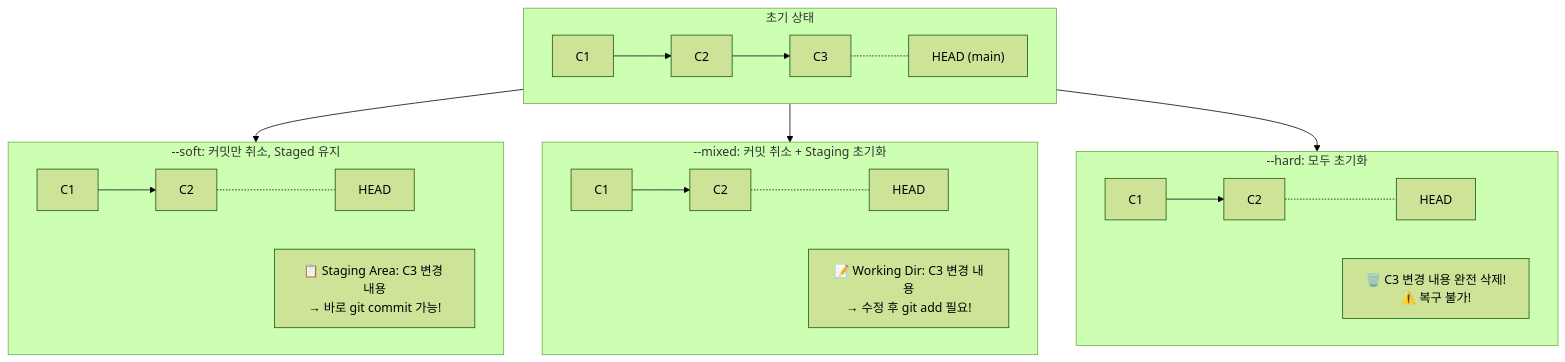
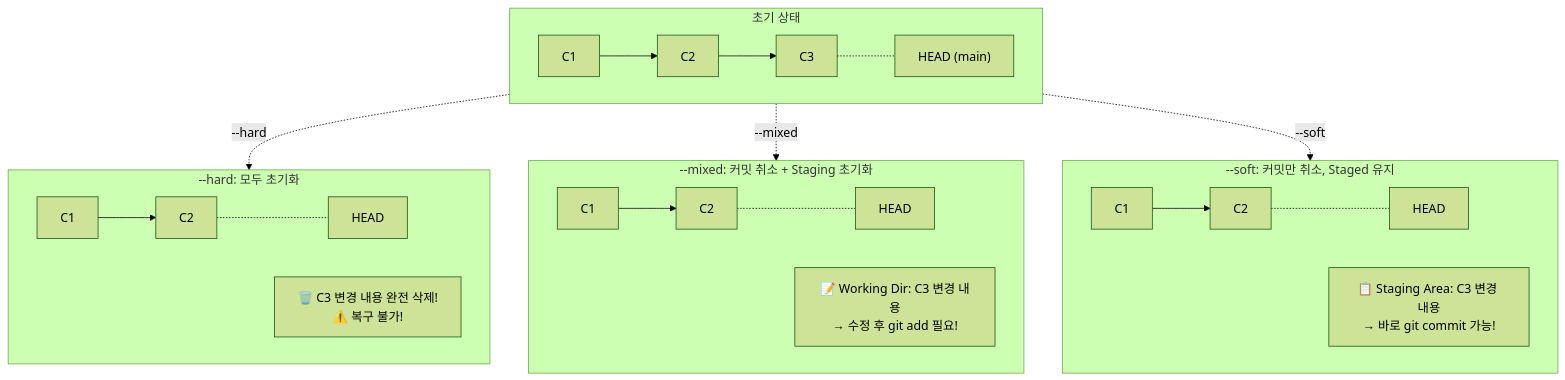
Before and after one commit to jingu279/Document: the fourth of 6 diagrams in 03_Undoing_Changes/01_Git_Reset_Revert.md, drawn with Mermaid (forest theme). The commit also changed other lines of this file and 16 other files, not shown here.

Commit message:
Fix all Mermaid rendering issues (subgraph-to-subgraph, unconnected nodes, reserved names, dashes)

````diff
--- a/03_Undoing_Changes/01_Git_Reset_Revert.md
+++ b/03_Undoing_Changes/01_Git_Reset_Revert.md
@@ -49,33 +39,33 @@
 ```mermaid
 flowchart TB
   subgraph Initial[초기 상태]
     direction LR
     C1a[C1] --> C2a[C2] --> C3a[C3]
     C3a -.- H1["HEAD (main)"]
   end
 
   subgraph Soft["--soft: 커밋만 취소, Staged 유지"]
     direction LR
     C1b[C1] --> C2b[C2]
     C2b -.- H2["HEAD"]
     S1["📋 Staging Area: C3 변경 내용<br/>→ 바로 git commit 가능!"]
   end
 
   subgraph Mixed["--mixed: 커밋 취소 + Staging 초기화"]
     direction LR
     C1c[C1] --> C2c[C2]
     C2c -.- H3["HEAD"]
     S2["📝 Working Dir: C3 변경 내용<br/>→ 수정 후 git add 필요!"]
   end
 
   subgraph Hard["--hard: 모두 초기화"]
     direction LR
     C1d[C1] --> C2d[C2]
     C2d -.- H4["HEAD"]
     S3["🗑️ C3 변경 내용 완전 삭제!<br/>⚠️ 복구 불가!"]
   end
 
-  Initial --> Soft
-  Initial --> Mixed
-  Initial --> Hard
+  C3a -.->|--soft| C1b
+  C3a -.->|--mixed| C1c
+  C3a -.->|--hard| C1d
 ```
````
